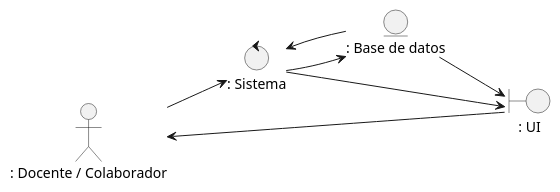
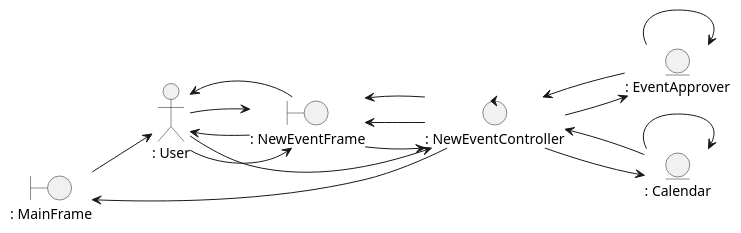
The diagram in docs/logicalView/analysisView/usecaseAnalysis/analysisDiagram/analysisDiagram/PlantUML/uc5_createEvent.plantuml (Danfloca02/ProyectoFacUpdate), drawn with PlantUML before and after one commit. The commit also changed 11 other files, not shown here.

```diff
--- a/docs/logicalView/analysisView/usecaseAnalysis/analysisDiagram/analysisDiagram/PlantUML/uc5_createEvent.plantuml
+++ b/docs/logicalView/analysisView/usecaseAnalysis/analysisDiagram/analysisDiagram/PlantUML/uc5_createEvent.plantuml
@@ -1,17 +1,29 @@
 @startuml uc4_createEvent
 
 left to right direction
 
-actor ": Docente / Colaborador" as user
-boundary ": UI" as vis
-entity ": Base de datos" as mod
-control ": Sistema" as con
+actor ": User" as user
+boundary ": NewEventFrame" as vis
+boundary ": MainFrame" as main
+entity ": EventApprover" as mod
+entity ": Calendar" as cal
+control ": NewEventController" as con
 
-user --> con
-con --> mod 
-mod --> con 
+user --> vis
+vis --> user 
+user --> vis 
+vis --> con 
+user --> con 
+con --> mod
+mod --> mod
+mod --> con
+con --> cal
+cal --> cal
+cal --> con 
+con --> vis
 con --> vis 
 vis --> user
-mod --> vis
+con -up-> main
+main --> user 
 
 @enduml
```
